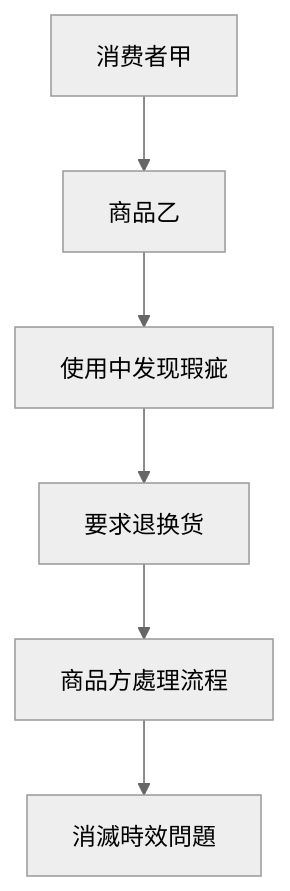
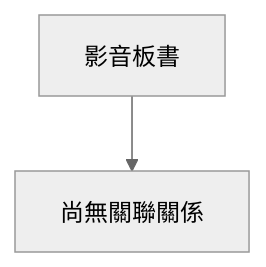
One commit to sk285513-dev/cc-switch changed the diagram in Obsidian_Vault/04_教材圖表校對/校對_影音板書_預約32 2025-01-24 20-20-08-801_01_22_45.md. Above: the diagram before and after it, drawn with Mermaid (neutral theme). The commit also changed other lines of this file and 34571 other files, not shown here.

````diff
--- a/Obsidian_Vault/04_教材圖表校對/校對_影音板書_預約32 2025-01-24 20-20-08-801_01_22_45.md
+++ b/Obsidian_Vault/04_教材圖表校對/校對_影音板書_預約32 2025-01-24 20-20-08-801_01_22_45.md
@@ -16,8 +16,4 @@
 ```mermaid
 graph TD
-    A["消费者甲"] --> B["商品乙"]
-    B --> C["使用中发现瑕疵"]
-    C --> D["要求退换货"]
-    D --> E["商品方處理流程"]
-    E --> F["消滅時效問題"]
+    A["影音板書"] --> B["尚無關聯關係"]
 ```
````
